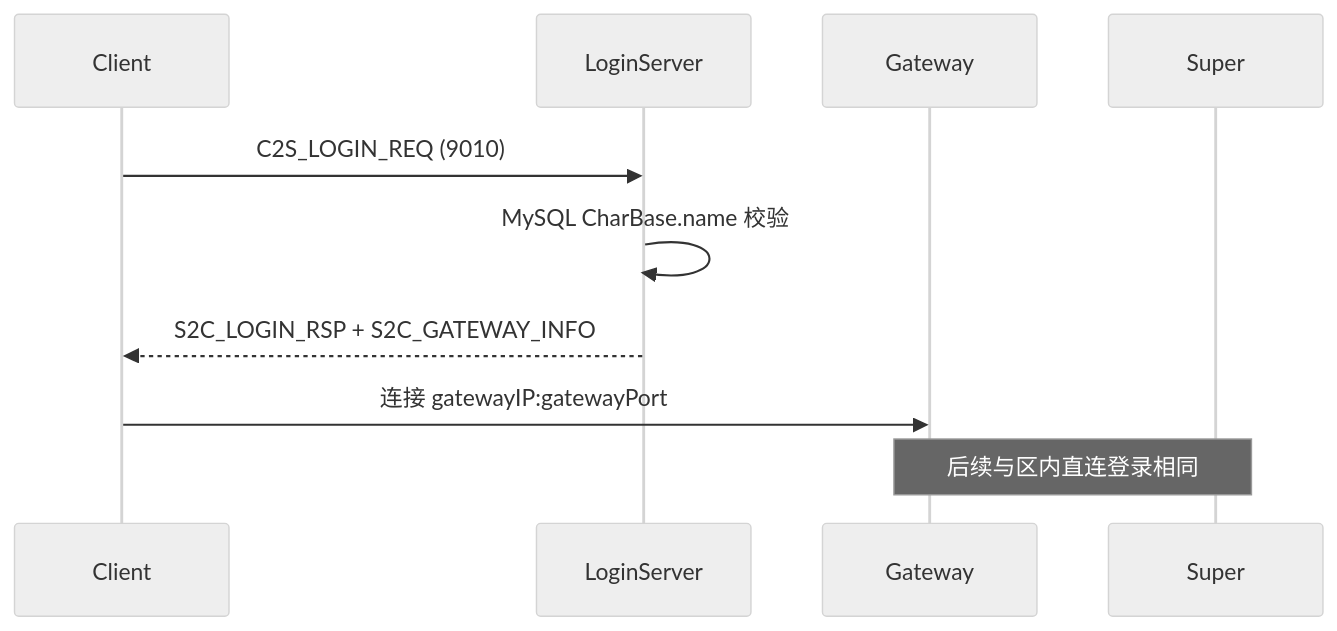
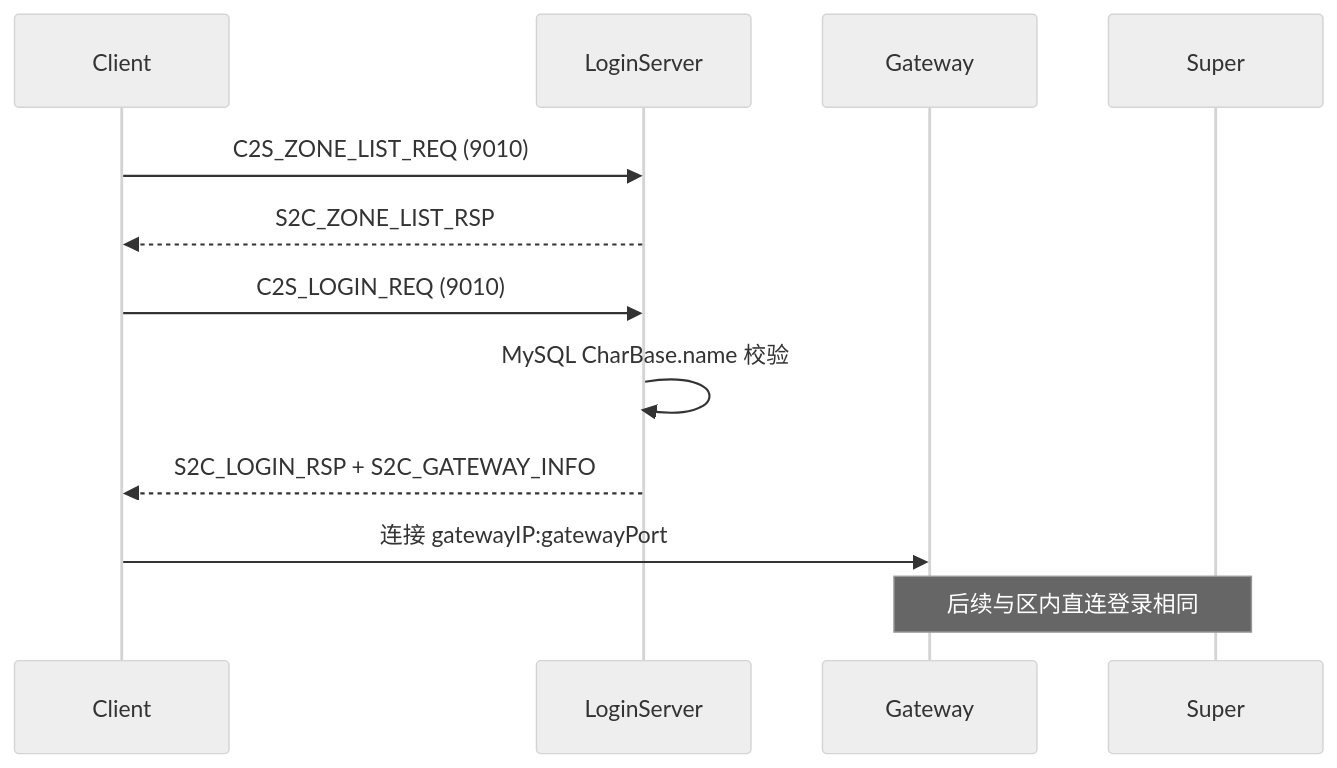
The second of 2 diagrams in docs/EXTERNAL.md (hechuangguo/RPG_Server), drawn with Mermaid (neutral theme) before and after one commit. The commit also changed other lines of this file and 17 other files, not shown here.

````diff
--- a/docs/EXTERNAL.md
+++ b/docs/EXTERNAL.md
@@ -81,13 +81,15 @@
 ```mermaid
 sequenceDiagram
     participant C as Client
     participant LS as LoginServer
     participant GW as Gateway
     participant SS as Super
 
+    C->>LS: C2S_ZONE_LIST_REQ (9010)
+    LS-->>C: S2C_ZONE_LIST_RSP
     C->>LS: C2S_LOGIN_REQ (9010)
     LS->>LS: MySQL CharBase.name 校验
     LS-->>C: S2C_LOGIN_RSP + S2C_GATEWAY_INFO
     C->>GW: 连接 gatewayIP:gatewayPort
     Note over GW,SS: 后续与区内直连登录相同
 ```
````
